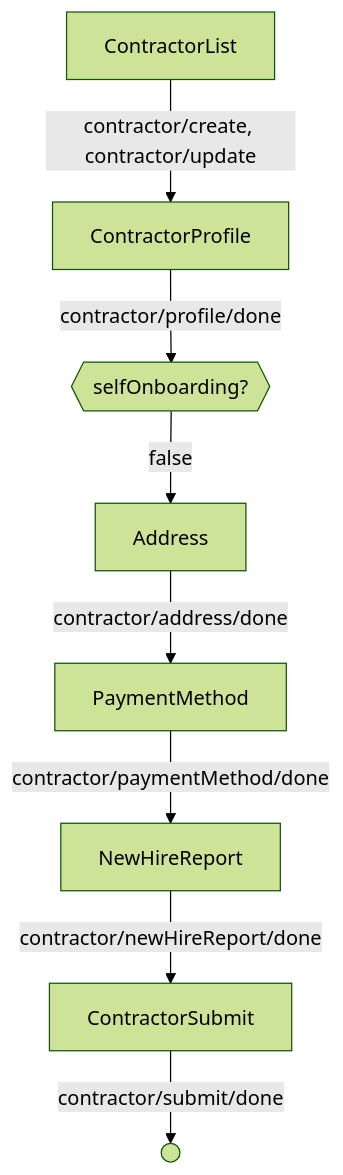
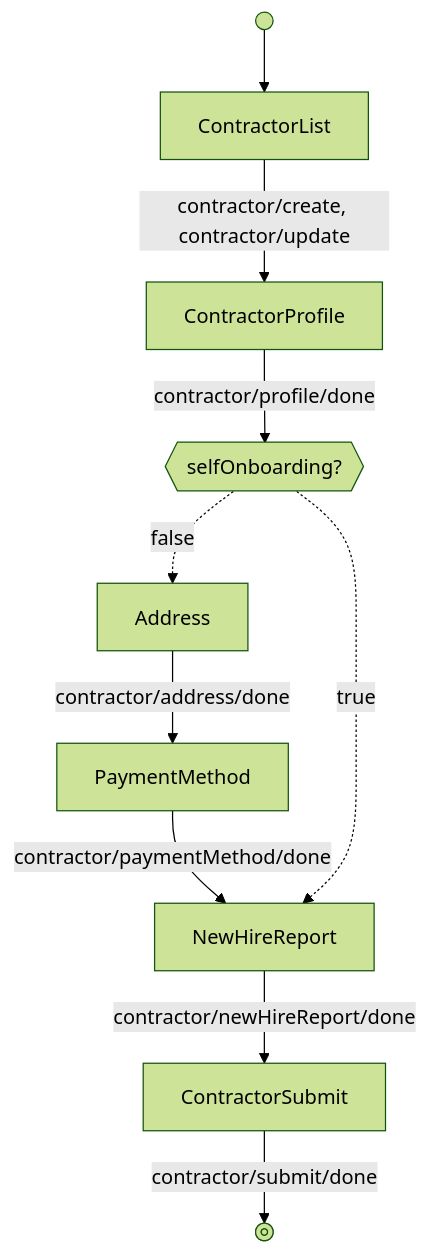
Before and after one commit to Gusto/embedded-react-sdk: the diagram in docs/reference/contractor/onboarding/onboarding-flow.md, drawn with Mermaid (forest theme). The commit also changed other lines of this file and 2 other files, not shown here.

First line of the commit message:
docs(company,contractor): apply diagram convention to onboarding flows

````diff
--- a/docs/reference/contractor/onboarding/onboarding-flow.md
+++ b/docs/reference/contractor/onboarding/onboarding-flow.md
@@ -103,10 +104,15 @@
 ```mermaid
 flowchart
+  start@{ shape: sm-circ } --> ContractorList
   ContractorList -->|"contractor/create, contractor/update"| ContractorProfile
   ContractorProfile -->|"contractor/profile/done"| selfOnboarding{{"selfOnboarding?"}}
-  selfOnboarding -->|false| Address
+  selfOnboarding -.->|false| Address
   Address -->|"contractor/address/done"| PaymentMethod
   PaymentMethod -->|"contractor/paymentMethod/done"| NewHireReport
+  selfOnboarding -.->|true| NewHireReport
   NewHireReport -->|"contractor/newHireReport/done"| ContractorSubmit
-  ContractorSubmit -->|"contractor/submit/done"| done(( ))
+  ContractorSubmit -->|"contractor/submit/done"| done@{ shape: fr-circ, label: " " }
+
+  class ContractorList,ContractorProfile,Address,PaymentMethod,NewHireReport,ContractorSubmit component
+  class selfOnboarding branch
 ```
````
